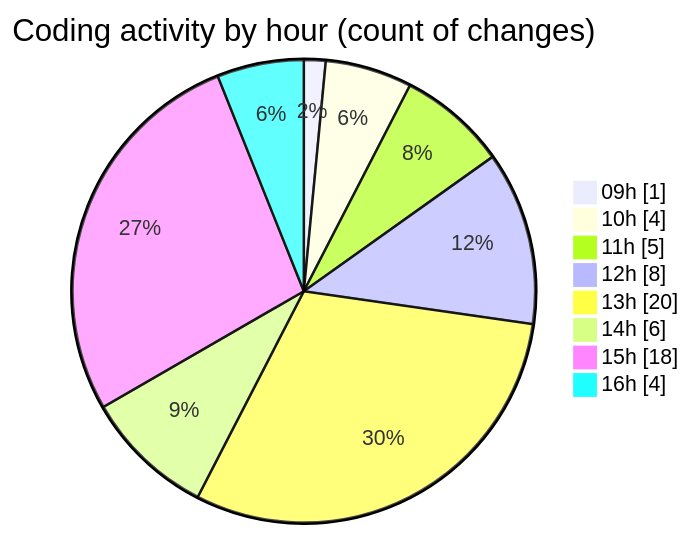
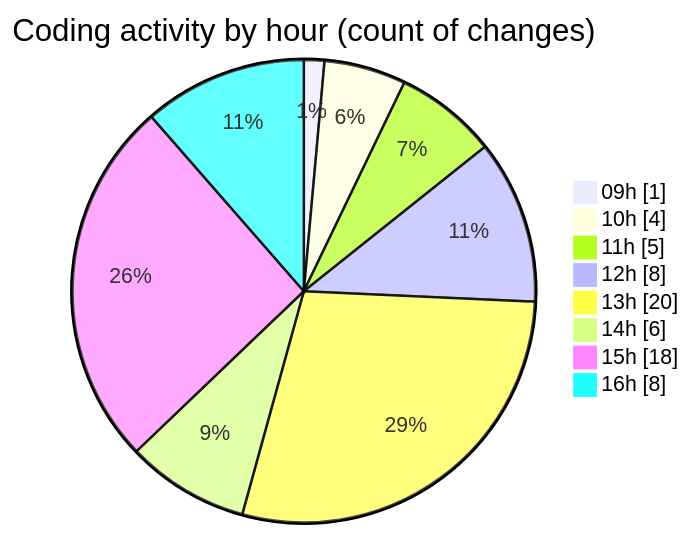
The second of 2 diagrams in 2025-02-24/cda/README.md (momahboobian/code-tracking), drawn with Mermaid before and after one commit. The commit also changed other lines of this file and 1 other file, not shown here.

````diff
--- a/2025-02-24/cda/README.md
+++ b/2025-02-24/cda/README.md
@@ -43,12 +43,12 @@
 ```mermaid
 pie showData
 title Coding activity by hour (count of changes)
 "09h" : 1
 "10h" : 4
 "11h" : 5
 "12h" : 8
 "13h" : 20
 "14h" : 6
 "15h" : 18
-"16h" : 4
+"16h" : 8
 ```
````
